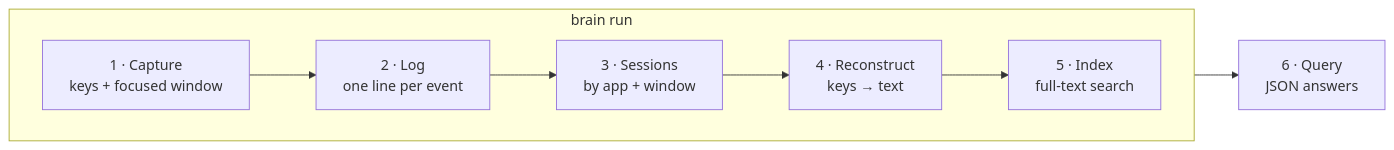
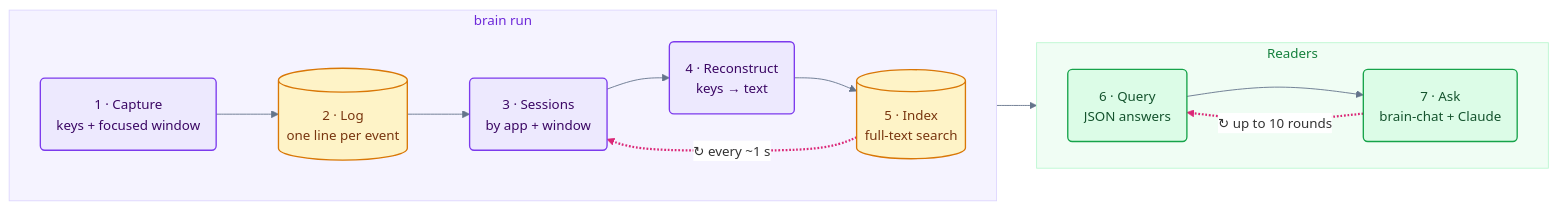
One commit to ChenOhana/shadow-assistant changed the second of 2 diagrams in DIAGRAMS.md. Above: the diagram before and after it, drawn with Mermaid. The commit also changed other lines of this file, not shown here.

First line of the commit message:
Give the diagrams colors, shapes and visible loops

````diff
--- a/DIAGRAMS.md
+++ b/DIAGRAMS.md
@@ -49,15 +63,34 @@
 ```mermaid
+%%{init: {"theme": "base", "themeVariables": {"fontSize": "15px", "lineColor": "#64748b", "edgeLabelBackground": "#ffffff"}, "flowchart": {"curve": "basis", "padding": 18, "nodeSpacing": 40, "rankSpacing": 45}}}%%
 flowchart LR
     subgraph RUN["brain run"]
         direction LR
-        S1["1 · Capture<br/>keys + focused window"]
-        S2["2 · Log<br/>one line per event"]
-        S3["3 · Sessions<br/>by app + window"]
-        S4["4 · Reconstruct<br/>keys → text"]
-        S5["5 · Index<br/>full-text search"]
+        S1("1 · Capture<br/>keys + focused window")
+        S2[("2 · Log<br/>one line per event")]
+        S3("3 · Sessions<br/>by app + window")
+        S4("4 · Reconstruct<br/>keys → text")
+        S5[("5 · Index<br/>full-text search")]
     end
 
-    S6["6 · Query<br/>JSON answers"]
+    subgraph USE["Readers"]
+        direction LR
+        S6("6 · Query<br/>JSON answers")
+        S7("7 · Ask<br/>brain-chat + Claude")
+    end
 
-    S1 --> S2 --> S3 --> S4 --> S5 --> S6
+    S1 --> S2 --> S3 --> S4 --> S5 --> S6 --> S7
+    S5 -.->|"↻ every ~1 s"| S3
+    S7 -.->|"↻ up to 10 rounds"| S6
+
+    classDef proc fill:#ede9fe,stroke:#7c3aed,stroke-width:1.5px,color:#3b0764
+    classDef store fill:#fef3c7,stroke:#d97706,stroke-width:1.5px,color:#78350f
+    classDef read fill:#dcfce7,stroke:#16a34a,stroke-width:1.5px,color:#14532d
+    class S1,S3,S4 proc
+    class S2,S5 store
+    class S6,S7 read
+
+    style RUN fill:#f5f3ff,stroke:#ddd6fe,color:#6d28d9
+    style USE fill:#f0fdf4,stroke:#bbf7d0,color:#15803d
+
+    linkStyle 6,7 stroke:#db2777,stroke-width:2.5px
 ```
````
